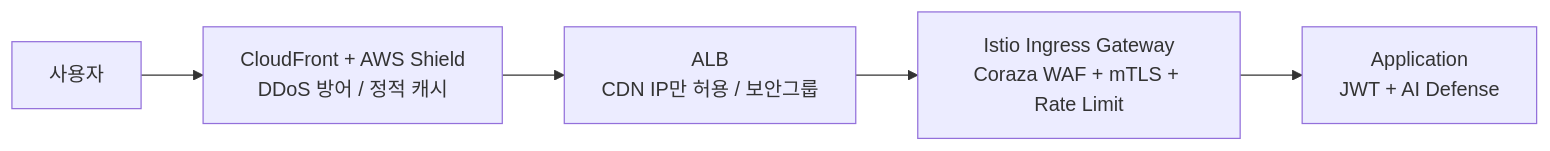
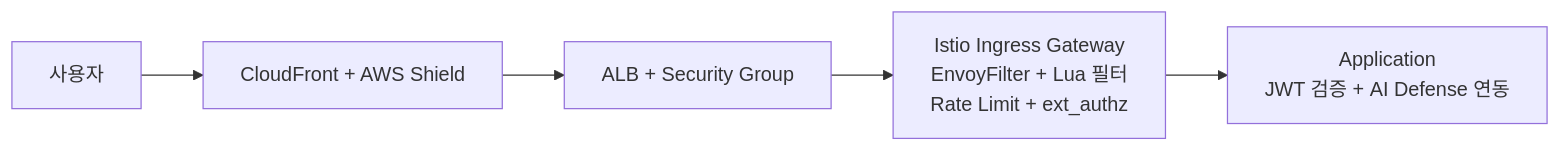
One commit to goorm-gongbang/001-finalPR changed the diagram in docs/content/security/flow.md. Above: the diagram before and after it, drawn with Mermaid. The commit also changed other lines of this file and 4 other files, not shown here.

````diff
--- a/docs/content/security/flow.md
+++ b/docs/content/security/flow.md
@@ -9,7 +9,7 @@
 ```mermaid
 flowchart LR
-    USER[사용자] --> CDN[CloudFront + AWS Shield<br/>DDoS 방어 / 정적 캐시]
-    CDN --> NLB[ALB<br/>CDN IP만 허용 / 보안그룹]
-    NLB --> ISTIO[Istio Ingress Gateway<br/>Coraza WAF + mTLS + Rate Limit]
-    ISTIO --> APP[Application<br/>JWT + AI Defense]
+    USER[사용자] --> EDGE[CloudFront + AWS Shield]
+    EDGE --> ALB[ALB + Security Group]
+    ALB --> ISTIO[Istio Ingress Gateway<br/>EnvoyFilter + Lua 필터<br/>Rate Limit + ext_authz]
+    ISTIO --> APP[Application<br/>JWT 검증 + AI Defense 연동]
 ```
````
